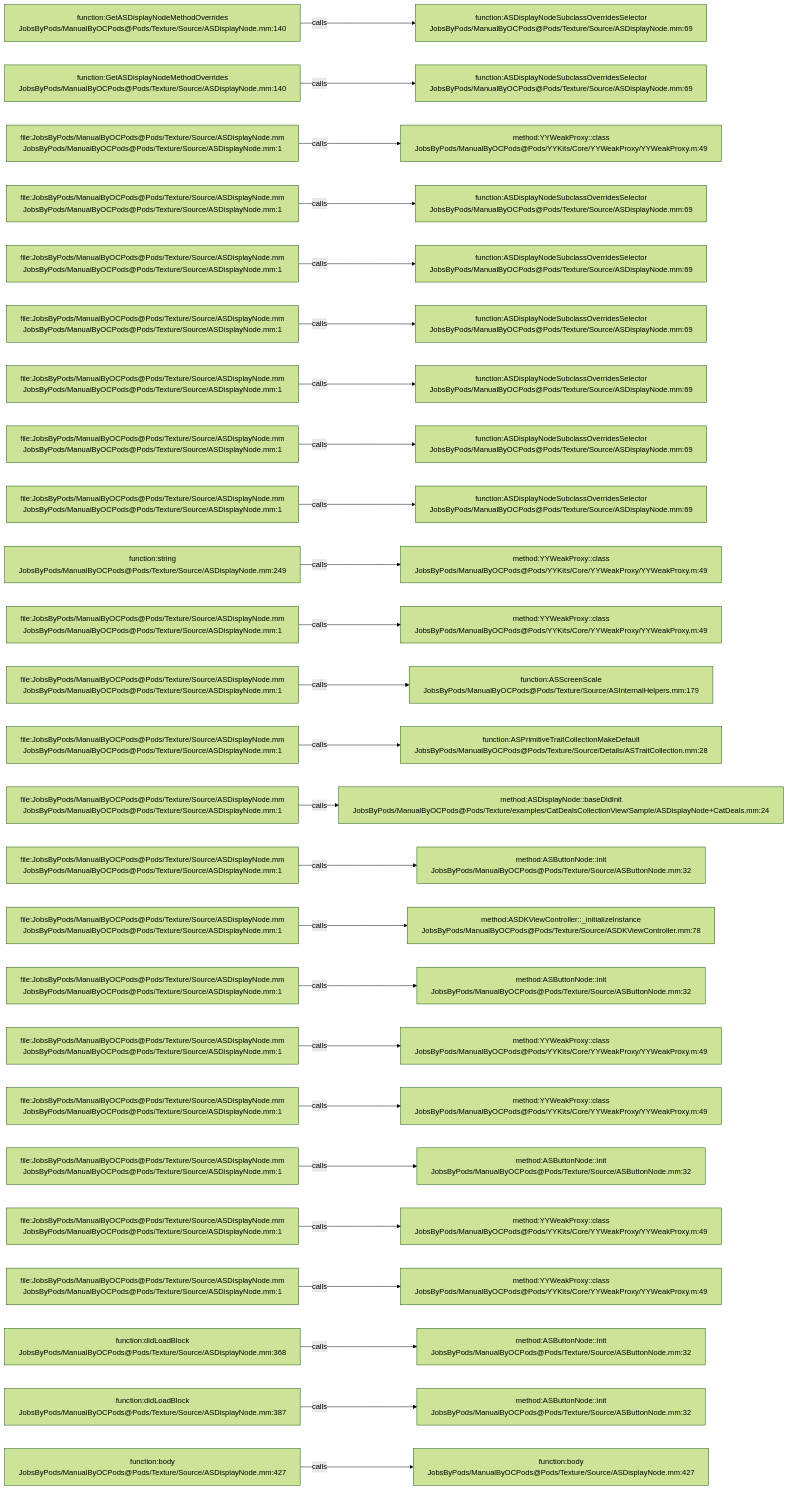
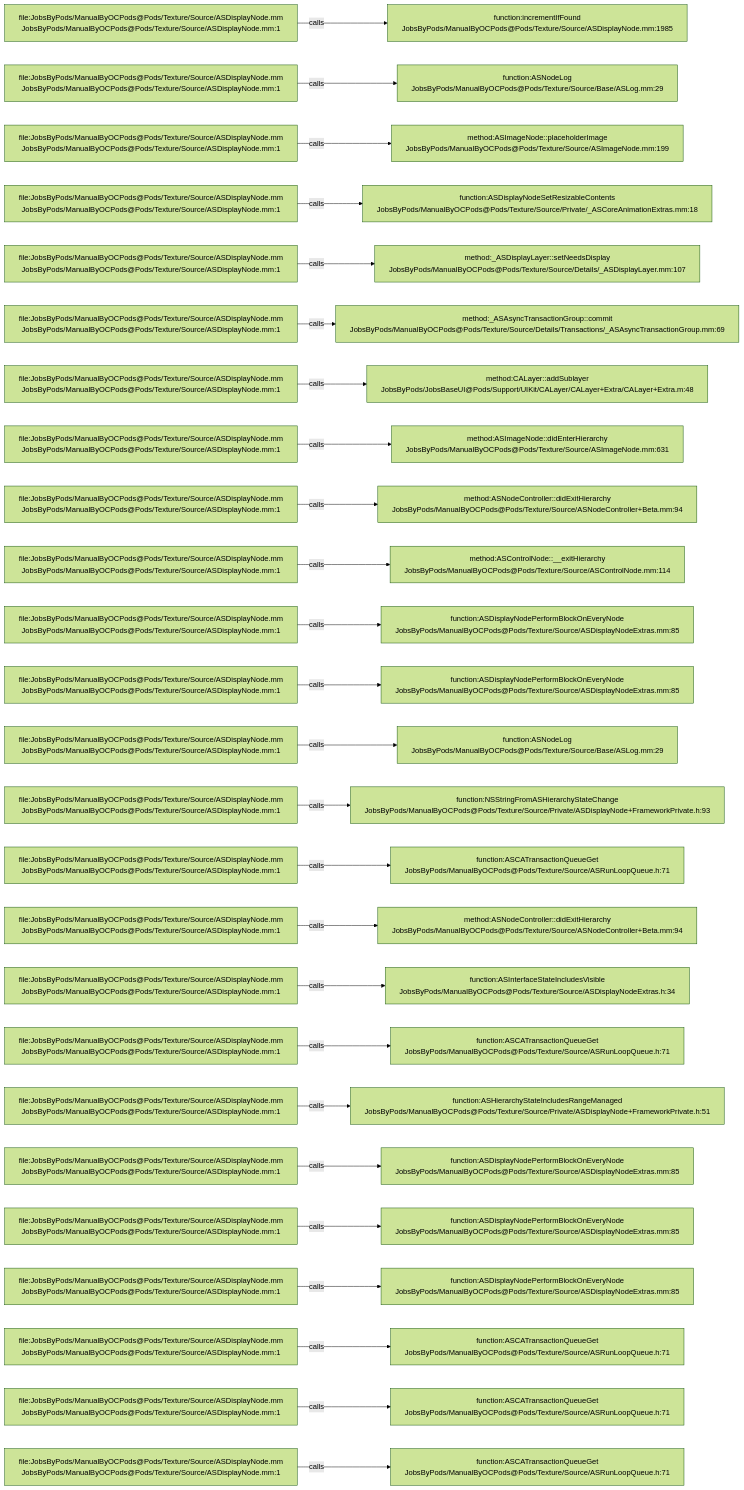
Before and after one commit to JobsKits/JobsOCBaseConfigDemo: the diagram in .codegraph/codegraph.md/graphs/calls-094.md, drawn with Mermaid (forest theme). The commit also changed 1448 other files, not shown here.

````diff
--- a/.codegraph/codegraph.md/graphs/calls-094.md
+++ b/.codegraph/codegraph.md/graphs/calls-094.md
@@ -13,78 +13,78 @@
 ```mermaid
 flowchart LR
-  S1["function:GetASDisplayNodeMethodOverrides<br/>JobsByPods/ManualByOCPods@Pods/Texture/Source/ASDisplayNode.mm:140"]
-  T1["function:ASDisplayNodeSubclassOverridesSelector<br/>JobsByPods/ManualByOCPods@Pods/Texture/Source/ASDisplayNode.mm:69"]
+  S1["file:JobsByPods/ManualByOCPods@Pods/Texture/Source/ASDisplayNode.mm<br/>JobsByPods/ManualByOCPods@Pods/Texture/Source/ASDisplayNode.mm:1"]
+  T1["function:incrementIfFound<br/>JobsByPods/ManualByOCPods@Pods/Texture/Source/ASDisplayNode.mm:1985"]
   S1 -->|calls| T1
-  S2["function:GetASDisplayNodeMethodOverrides<br/>JobsByPods/ManualByOCPods@Pods/Texture/Source/ASDisplayNode.mm:140"]
-  T2["function:ASDisplayNodeSubclassOverridesSelector<br/>JobsByPods/ManualByOCPods@Pods/Texture/Source/ASDisplayNode.mm:69"]
+  S2["file:JobsByPods/ManualByOCPods@Pods/Texture/Source/ASDisplayNode.mm<br/>JobsByPods/ManualByOCPods@Pods/Texture/Source/ASDisplayNode.mm:1"]
+  T2["function:ASNodeLog<br/>JobsByPods/ManualByOCPods@Pods/Texture/Source/Base/ASLog.mm:29"]
   S2 -->|calls| T2
   S3["file:JobsByPods/ManualByOCPods@Pods/Texture/Source/ASDisplayNode.mm<br/>JobsByPods/ManualByOCPods@Pods/Texture/Source/ASDisplayNode.mm:1"]
-  T3["method:YYWeakProxy::class<br/>JobsByPods/ManualByOCPods@Pods/YYKits/Core/YYWeakProxy/YYWeakProxy.m:49"]
+  T3["method:ASImageNode::placeholderImage<br/>JobsByPods/ManualByOCPods@Pods/Texture/Source/ASImageNode.mm:199"]
   S3 -->|calls| T3
   S4["file:JobsByPods/ManualByOCPods@Pods/Texture/Source/ASDisplayNode.mm<br/>JobsByPods/ManualByOCPods@Pods/Texture/Source/ASDisplayNode.mm:1"]
-  T4["function:ASDisplayNodeSubclassOverridesSelector<br/>JobsByPods/ManualByOCPods@Pods/Texture/Source/ASDisplayNode.mm:69"]
+  T4["function:ASDisplayNodeSetResizableContents<br/>JobsByPods/ManualByOCPods@Pods/Texture/Source/Private/_ASCoreAnimationExtras.mm:18"]
   S4 -->|calls| T4
   S5["file:JobsByPods/ManualByOCPods@Pods/Texture/Source/ASDisplayNode.mm<br/>JobsByPods/ManualByOCPods@Pods/Texture/Source/ASDisplayNode.mm:1"]
-  T5["function:ASDisplayNodeSubclassOverridesSelector<br/>JobsByPods/ManualByOCPods@Pods/Texture/Source/ASDisplayNode.mm:69"]
+  T5["method:_ASDisplayLayer::setNeedsDisplay<br/>JobsByPods/ManualByOCPods@Pods/Texture/Source/Details/_ASDisplayLayer.mm:107"]
   S5 -->|calls| T5
   S6["file:JobsByPods/ManualByOCPods@Pods/Texture/Source/ASDisplayNode.mm<br/>JobsByPods/ManualByOCPods@Pods/Texture/Source/ASDisplayNode.mm:1"]
-  T6["function:ASDisplayNodeSubclassOverridesSelector<br/>JobsByPods/ManualByOCPods@Pods/Texture/Source/ASDisplayNode.mm:69"]
+  T6["method:_ASAsyncTransactionGroup::commit<br/>JobsByPods/ManualByOCPods@Pods/Texture/Source/Details/Transactions/_ASAsyncTransactionGroup.mm:69"]
   S6 -->|calls| T6
   S7["file:JobsByPods/ManualByOCPods@Pods/Texture/Source/ASDisplayNode.mm<br/>JobsByPods/ManualByOCPods@Pods/Texture/Source/ASDisplayNode.mm:1"]
-  T7["function:ASDisplayNodeSubclassOverridesSelector<br/>JobsByPods/ManualByOCPods@Pods/Texture/Source/ASDisplayNode.mm:69"]
+  T7["method:CALayer::addSublayer<br/>JobsByPods/JobsBaseUI@Pods/Support/UIKit/CALayer/CALayer+Extra/CALayer+Extra.m:48"]
   S7 -->|calls| T7
   S8["file:JobsByPods/ManualByOCPods@Pods/Texture/Source/ASDisplayNode.mm<br/>JobsByPods/ManualByOCPods@Pods/Texture/Source/ASDisplayNode.mm:1"]
-  T8["function:ASDisplayNodeSubclassOverridesSelector<br/>JobsByPods/ManualByOCPods@Pods/Texture/Source/ASDisplayNode.mm:69"]
+  T8["method:ASImageNode::didEnterHierarchy<br/>JobsByPods/ManualByOCPods@Pods/Texture/Source/ASImageNode.mm:631"]
   S8 -->|calls| T8
   S9["file:JobsByPods/ManualByOCPods@Pods/Texture/Source/ASDisplayNode.mm<br/>JobsByPods/ManualByOCPods@Pods/Texture/Source/ASDisplayNode.mm:1"]
-  T9["function:ASDisplayNodeSubclassOverridesSelector<br/>JobsByPods/ManualByOCPods@Pods/Texture/Source/ASDisplayNode.mm:69"]
+  T9["method:ASNodeController::didExitHierarchy<br/>JobsByPods/ManualByOCPods@Pods/Texture/Source/ASNodeController+Beta.mm:94"]
   S9 -->|calls| T9
-  S10["function:string<br/>JobsByPods/ManualByOCPods@Pods/Texture/Source/ASDisplayNode.mm:249"]
-  T10["method:YYWeakProxy::class<br/>JobsByPods/ManualByOCPods@Pods/YYKits/Core/YYWeakProxy/YYWeakProxy.m:49"]
+  S10["file:JobsByPods/ManualByOCPods@Pods/Texture/Source/ASDisplayNode.mm<br/>JobsByPods/ManualByOCPods@Pods/Texture/Source/ASDisplayNode.mm:1"]
+  T10["method:ASControlNode::__exitHierarchy<br/>JobsByPods/ManualByOCPods@Pods/Texture/Source/ASControlNode.mm:114"]
   S10 -->|calls| T10
   S11["file:JobsByPods/ManualByOCPods@Pods/Texture/Source/ASDisplayNode.mm<br/>JobsByPods/ManualByOCPods@Pods/Texture/Source/ASDisplayNode.mm:1"]
-  T11["method:YYWeakProxy::class<br/>JobsByPods/ManualByOCPods@Pods/YYKits/Core/YYWeakProxy/YYWeakProxy.m:49"]
+  T11["function:ASDisplayNodePerformBlockOnEveryNode<br/>JobsByPods/ManualByOCPods@Pods/Texture/Source/ASDisplayNodeExtras.mm:85"]
   S11 -->|calls| T11
   S12["file:JobsByPods/ManualByOCPods@Pods/Texture/Source/ASDisplayNode.mm<br/>JobsByPods/ManualByOCPods@Pods/Texture/Source/ASDisplayNode.mm:1"]
-  T12["function:ASScreenScale<br/>JobsByPods/ManualByOCPods@Pods/Texture/Source/ASInternalHelpers.mm:179"]
+  T12["function:ASDisplayNodePerformBlockOnEveryNode<br/>JobsByPods/ManualByOCPods@Pods/Texture/Source/ASDisplayNodeExtras.mm:85"]
   S12 -->|calls| T12
   S13["file:JobsByPods/ManualByOCPods@Pods/Texture/Source/ASDisplayNode.mm<br/>JobsByPods/ManualByOCPods@Pods/Texture/Source/ASDisplayNode.mm:1"]
-  T13["function:ASPrimitiveTraitCollectionMakeDefault<br/>JobsByPods/ManualByOCPods@Pods/Texture/Source/Details/ASTraitCollection.mm:28"]
+  T13["function:ASNodeLog<br/>JobsByPods/ManualByOCPods@Pods/Texture/Source/Base/ASLog.mm:29"]
   S13 -->|calls| T13
   S14["file:JobsByPods/ManualByOCPods@Pods/Texture/Source/ASDisplayNode.mm<br/>JobsByPods/ManualByOCPods@Pods/Texture/Source/ASDisplayNode.mm:1"]
-  T14["method:ASDisplayNode::baseDidInit<br/>JobsByPods/ManualByOCPods@Pods/Texture/examples/CatDealsCollectionView/Sample/ASDisplayNode+CatDeals.mm:24"]
+  T14["function:NSStringFromASHierarchyStateChange<br/>JobsByPods/ManualByOCPods@Pods/Texture/Source/Private/ASDisplayNode+FrameworkPrivate.h:93"]
   S14 -->|calls| T14
   S15["file:JobsByPods/ManualByOCPods@Pods/Texture/Source/ASDisplayNode.mm<br/>JobsByPods/ManualByOCPods@Pods/Texture/Source/ASDisplayNode.mm:1"]
-  T15["method:ASButtonNode::init<br/>JobsByPods/ManualByOCPods@Pods/Texture/Source/ASButtonNode.mm:32"]
+  T15["function:ASCATransactionQueueGet<br/>JobsByPods/ManualByOCPods@Pods/Texture/Source/ASRunLoopQueue.h:71"]
   S15 -->|calls| T15
   S16["file:JobsByPods/ManualByOCPods@Pods/Texture/Source/ASDisplayNode.mm<br/>JobsByPods/ManualByOCPods@Pods/Texture/Source/ASDisplayNode.mm:1"]
-  T16["method:ASDKViewController::_initializeInstance<br/>JobsByPods/ManualByOCPods@Pods/Texture/Source/ASDKViewController.mm:78"]
+  T16["method:ASNodeController::didExitHierarchy<br/>JobsByPods/ManualByOCPods@Pods/Texture/Source/ASNodeController+Beta.mm:94"]
   S16 -->|calls| T16
   S17["file:JobsByPods/ManualByOCPods@Pods/Texture/Source/ASDisplayNode.mm<br/>JobsByPods/ManualByOCPods@Pods/Texture/Source/ASDisplayNode.mm:1"]
-  T17["method:ASButtonNode::init<br/>JobsByPods/ManualByOCPods@Pods/Texture/Source/ASButtonNode.mm:32"]
+  T17["function:ASInterfaceStateIncludesVisible<br/>JobsByPods/ManualByOCPods@Pods/Texture/Source/ASDisplayNodeExtras.h:34"]
   S17 -->|calls| T17
   S18["file:JobsByPods/ManualByOCPods@Pods/Texture/Source/ASDisplayNode.mm<br/>JobsByPods/ManualByOCPods@Pods/Texture/Source/ASDisplayNode.mm:1"]
-  T18["method:YYWeakProxy::class<br/>JobsByPods/ManualByOCPods@Pods/YYKits/Core/YYWeakProxy/YYWeakProxy.m:49"]
+  T18["function:ASCATransactionQueueGet<br/>JobsByPods/ManualByOCPods@Pods/Texture/Source/ASRunLoopQueue.h:71"]
   S18 -->|calls| T18
   S19["file:JobsByPods/ManualByOCPods@Pods/Texture/Source/ASDisplayNode.mm<br/>JobsByPods/ManualByOCPods@Pods/Texture/Source/ASDisplayNode.mm:1"]
-  T19["method:YYWeakProxy::class<br/>JobsByPods/ManualByOCPods@Pods/YYKits/Core/YYWeakProxy/YYWeakProxy.m:49"]
+  T19["function:ASHierarchyStateIncludesRangeManaged<br/>JobsByPods/ManualByOCPods@Pods/Texture/Source/Private/ASDisplayNode+FrameworkPrivate.h:51"]
   S19 -->|calls| T19
   S20["file:JobsByPods/ManualByOCPods@Pods/Texture/Source/ASDisplayNode.mm<br/>JobsByPods/ManualByOCPods@Pods/Texture/Source/ASDisplayNode.mm:1"]
-  T20["method:ASButtonNode::init<br/>JobsByPods/ManualByOCPods@Pods/Texture/Source/ASButtonNode.mm:32"]
+  T20["function:ASDisplayNodePerformBlockOnEveryNode<br/>JobsByPods/ManualByOCPods@Pods/Texture/Source/ASDisplayNodeExtras.mm:85"]
   S20 -->|calls| T20
   S21["file:JobsByPods/ManualByOCPods@Pods/Texture/Source/ASDisplayNode.mm<br/>JobsByPods/ManualByOCPods@Pods/Texture/Source/ASDisplayNode.mm:1"]
-  T21["method:YYWeakProxy::class<br/>JobsByPods/ManualByOCPods@Pods/YYKits/Core/YYWeakProxy/YYWeakProxy.m:49"]
+  T21["function:ASDisplayNodePerformBlockOnEveryNode<br/>JobsByPods/ManualByOCPods@Pods/Texture/Source/ASDisplayNodeExtras.mm:85"]
   S21 -->|calls| T21
   S22["file:JobsByPods/ManualByOCPods@Pods/Texture/Source/ASDisplayNode.mm<br/>JobsByPods/ManualByOCPods@Pods/Texture/Source/ASDisplayNode.mm:1"]
-  T22["method:YYWeakProxy::class<br/>JobsByPods/ManualByOCPods@Pods/YYKits/Core/YYWeakProxy/YYWeakProxy.m:49"]
+  T22["function:ASDisplayNodePerformBlockOnEveryNode<br/>JobsByPods/ManualByOCPods@Pods/Texture/Source/ASDisplayNodeExtras.mm:85"]
   S22 -->|calls| T22
-  S23["function:didLoadBlock<br/>JobsByPods/ManualByOCPods@Pods/Texture/Source/ASDisplayNode.mm:368"]
-  T23["method:ASButtonNode::init<br/>JobsByPods/ManualByOCPods@Pods/Texture/Source/ASButtonNode.mm:32"]
+  S23["file:JobsByPods/ManualByOCPods@Pods/Texture/Source/ASDisplayNode.mm<br/>JobsByPods/ManualByOCPods@Pods/Texture/Source/ASDisplayNode.mm:1"]
+  T23["function:ASCATransactionQueueGet<br/>JobsByPods/ManualByOCPods@Pods/Texture/Source/ASRunLoopQueue.h:71"]
   S23 -->|calls| T23
-  S24["function:didLoadBlock<br/>JobsByPods/ManualByOCPods@Pods/Texture/Source/ASDisplayNode.mm:387"]
-  T24["method:ASButtonNode::init<br/>JobsByPods/ManualByOCPods@Pods/Texture/Source/ASButtonNode.mm:32"]
+  S24["file:JobsByPods/ManualByOCPods@Pods/Texture/Source/ASDisplayNode.mm<br/>JobsByPods/ManualByOCPods@Pods/Texture/Source/ASDisplayNode.mm:1"]
+  T24["function:ASCATransactionQueueGet<br/>JobsByPods/ManualByOCPods@Pods/Texture/Source/ASRunLoopQueue.h:71"]
   S24 -->|calls| T24
-  S25["function:body<br/>JobsByPods/ManualByOCPods@Pods/Texture/Source/ASDisplayNode.mm:427"]
-  T25["function:body<br/>JobsByPods/ManualByOCPods@Pods/Texture/Source/ASDisplayNode.mm:427"]
+  S25["file:JobsByPods/ManualByOCPods@Pods/Texture/Source/ASDisplayNode.mm<br/>JobsByPods/ManualByOCPods@Pods/Texture/Source/ASDisplayNode.mm:1"]
+  T25["function:ASCATransactionQueueGet<br/>JobsByPods/ManualByOCPods@Pods/Texture/Source/ASRunLoopQueue.h:71"]
   S25 -->|calls| T25
 ```
````
